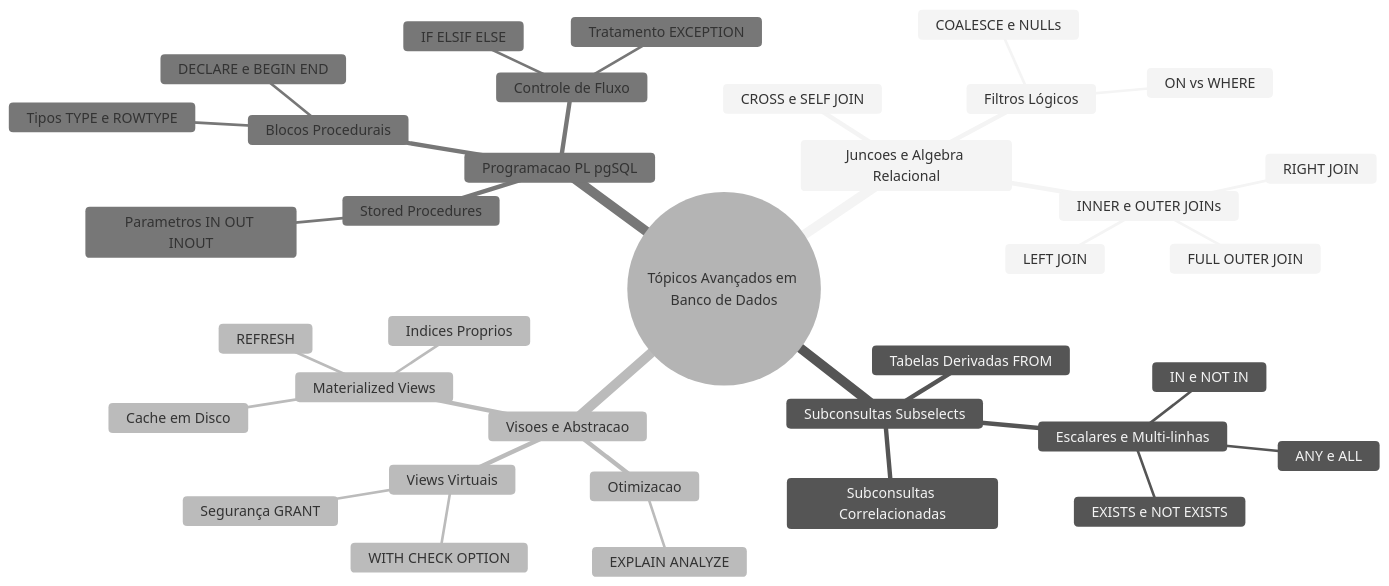
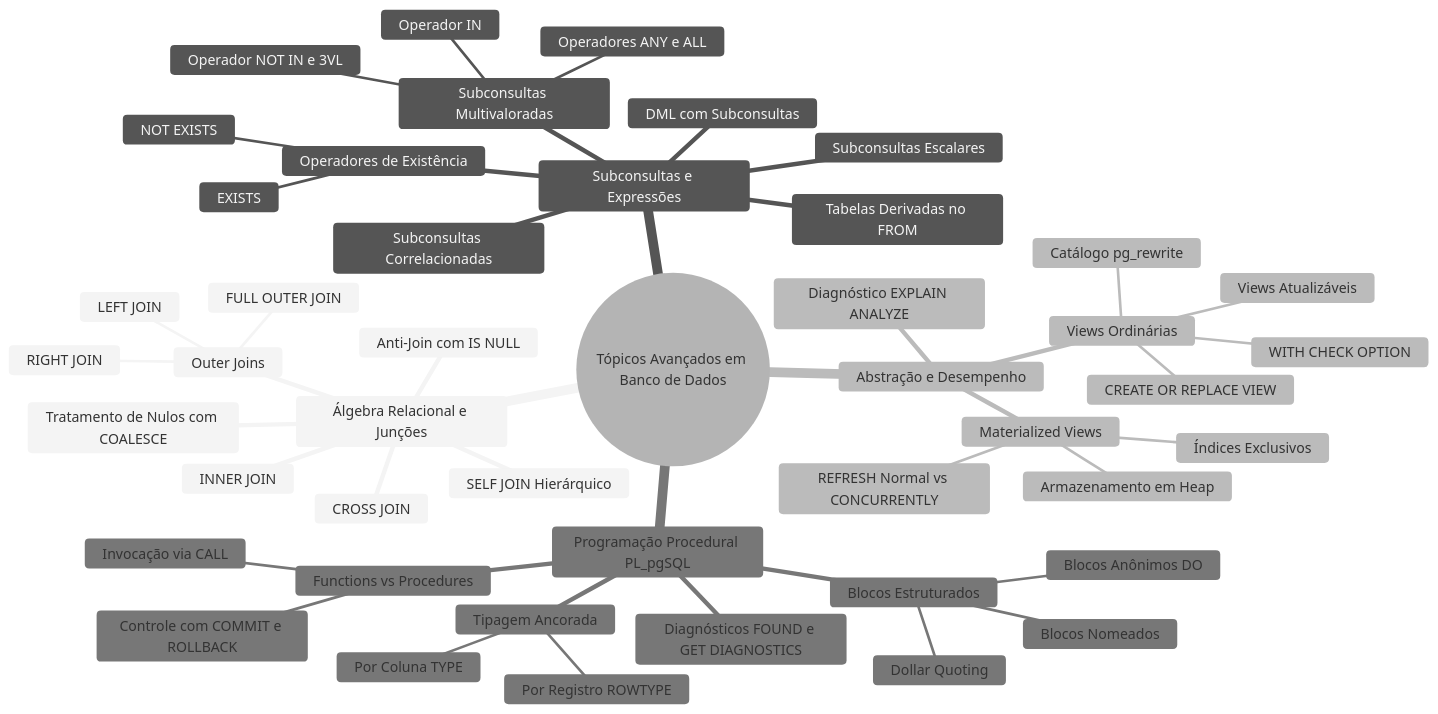
The first of 11 diagrams in 4º Semestre/[Prof. Welington Garcia] Tópicos Avançados em Banco de Dados/Resumos-IA/Caderno-Consolidado.md (murilolol/unifef), drawn with Mermaid (neutral theme) before and after one commit. The commit also changed other lines of this file and 429 other files, not shown here.

````diff
--- a/4º Semestre/[Prof. Welington Garcia] Tópicos Avançados em Banco de Dados/Resumos-IA/Caderno-Consolidado.md
+++ b/4º Semestre/[Prof. Welington Garcia] Tópicos Avançados em Banco de Dados/Resumos-IA/Caderno-Consolidado.md
@@ -39,39 +70,49 @@
 ```mermaid
 mindmap
   root((Tópicos Avançados em Banco de Dados))
-    Juncoes e Algebra Relacional
-      INNER e OUTER JOINs
+    Álgebra Relacional e Junções
+      INNER JOIN
+      Outer Joins
         LEFT JOIN
         RIGHT JOIN
         FULL OUTER JOIN
-      CROSS e SELF JOIN
-      Filtros Lógicos
-        ON vs WHERE
-        COALESCE e NULLs
-    Subconsultas Subselects
-      Escalares e Multi-linhas
-        IN e NOT IN
-        EXISTS e NOT EXISTS
-        ANY e ALL
-      Tabelas Derivadas FROM
+      Anti-Join com IS NULL
+      CROSS JOIN
+      SELF JOIN Hierárquico
+      Tratamento de Nulos com COALESCE
+    Subconsultas e Expressões
+      Subconsultas Escalares
+      Subconsultas Multivaloradas
+        Operador IN
+        Operador NOT IN e 3VL
+        Operadores ANY e ALL
+      Operadores de Existência
+        EXISTS
+        NOT EXISTS
       Subconsultas Correlacionadas
-    Visoes e Abstracao
-      Views Virtuais
+      Tabelas Derivadas no FROM
+      DML com Subconsultas
+    Abstração e Desempenho
+      Views Ordinárias
+        Catálogo pg_rewrite
+        CREATE OR REPLACE VIEW
+        Views Atualizáveis
         WITH CHECK OPTION
-        Segurança GRANT
       Materialized Views
-        Cache em Disco
-        REFRESH
-        Indices Proprios
-      Otimizacao
-        EXPLAIN ANALYZE
-    Programacao PL pgSQL
-      Stored Procedures
-        Parametros IN OUT INOUT
-      Blocos Procedurais
-        DECLARE e BEGIN END
-        Tipos TYPE e ROWTYPE
-      Controle de Fluxo
-        IF ELSIF ELSE
-        Tratamento EXCEPTION
+        Armazenamento em Heap
+        Índices Exclusivos
+        REFRESH Normal vs CONCURRENTLY
+      Diagnóstico EXPLAIN ANALYZE
+    Programação Procedural PL_pgSQL
+      Blocos Estruturados
+        Dollar Quoting
+        Blocos Anônimos DO
+        Blocos Nomeados
+      Tipagem Ancorada
+        Por Coluna TYPE
+        Por Registro ROWTYPE
+      Functions vs Procedures
+        Invocação via CALL
+        Controle com COMMIT e ROLLBACK
+      Diagnósticos FOUND e GET DIAGNOSTICS
 ```
````
